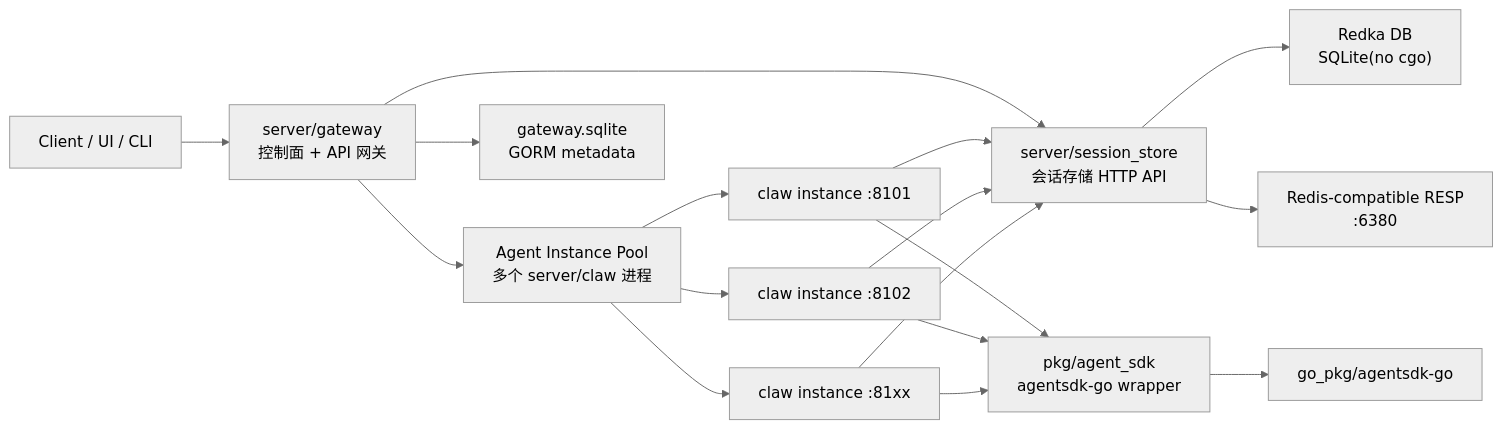
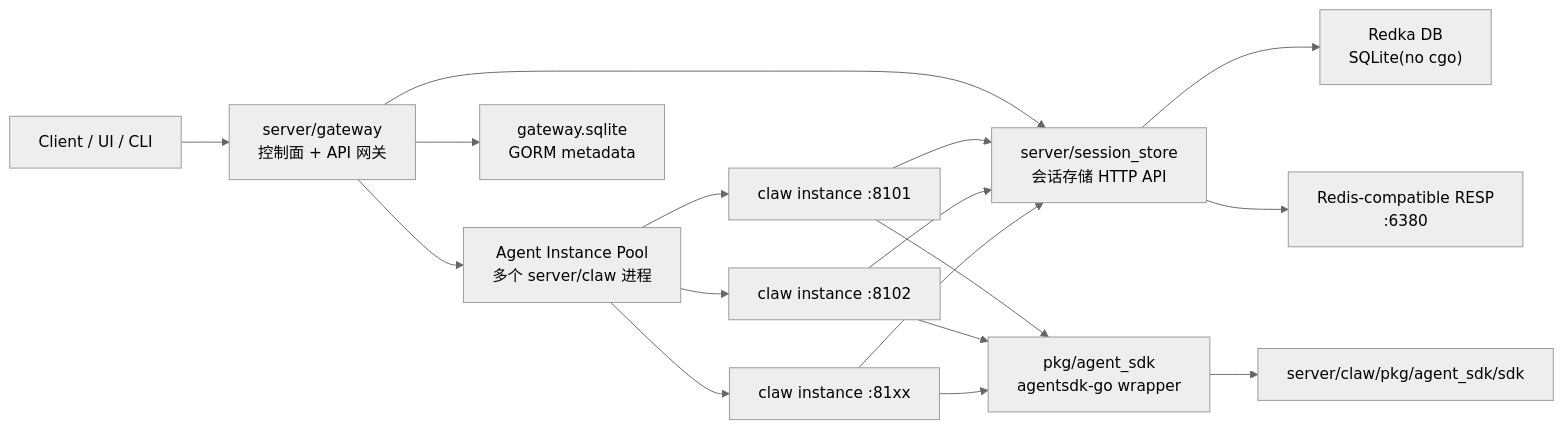
One commit to issueye/icoo_claw changed the first of 7 diagrams in docs/ai-agent-platform/02-architecture.md. Above: the diagram before and after it, drawn with Mermaid (neutral theme). The commit also changed other lines of this file and 124 other files, not shown here.

Commit message:
Extract agentsdk runtime into claw module

````diff
--- a/docs/ai-agent-platform/02-architecture.md
+++ b/docs/ai-agent-platform/02-architecture.md
@@ -5,19 +5,19 @@
 ```mermaid
 flowchart LR
   Client["Client / UI / CLI"] --> GW["server/gateway\n控制面 + API 网关"]
   GW --> Pool["Agent Instance Pool\n多个 server/claw 进程"]
   Pool --> Claw1["claw instance :8101"]
   Pool --> Claw2["claw instance :8102"]
   Pool --> ClawN["claw instance :81xx"]
   GW --> SS["server/session_store\n会话存储 HTTP API"]
   Claw1 --> SS
   Claw2 --> SS
   ClawN --> SS
   SS --> Redka["Redka DB\nSQLite(no cgo)"]
   SS --> RESP["Redis-compatible RESP\n:6380"]
   Claw1 --> SDK["pkg/agent_sdk\nagentsdk-go wrapper"]
   Claw2 --> SDK
   ClawN --> SDK
-  SDK --> AgentSDK["go_pkg/agentsdk-go"]
+  SDK --> AgentSDK["server/claw/pkg/agent_sdk/sdk"]
   GW --> GWDB["gateway.sqlite\nGORM metadata"]
 ```
````
